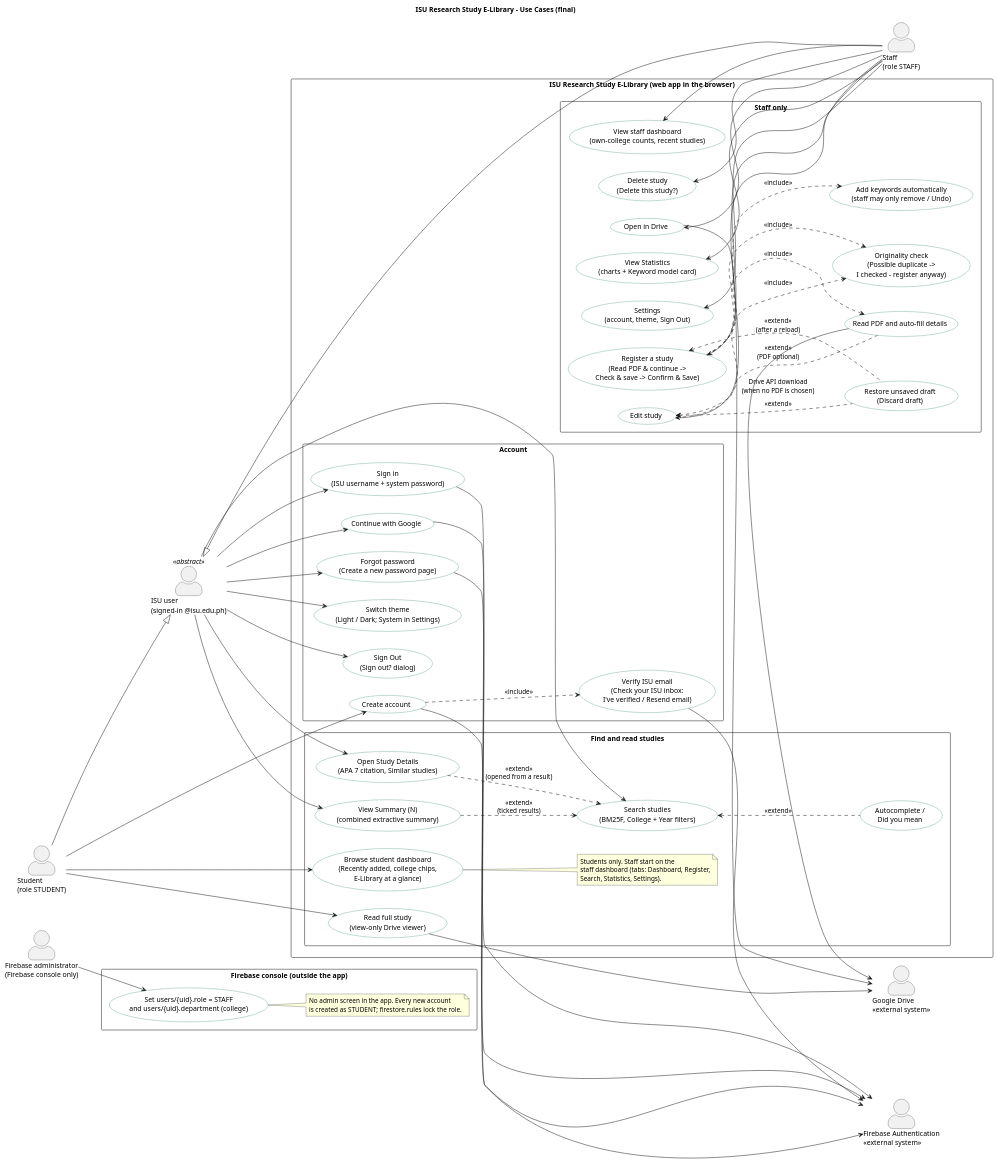
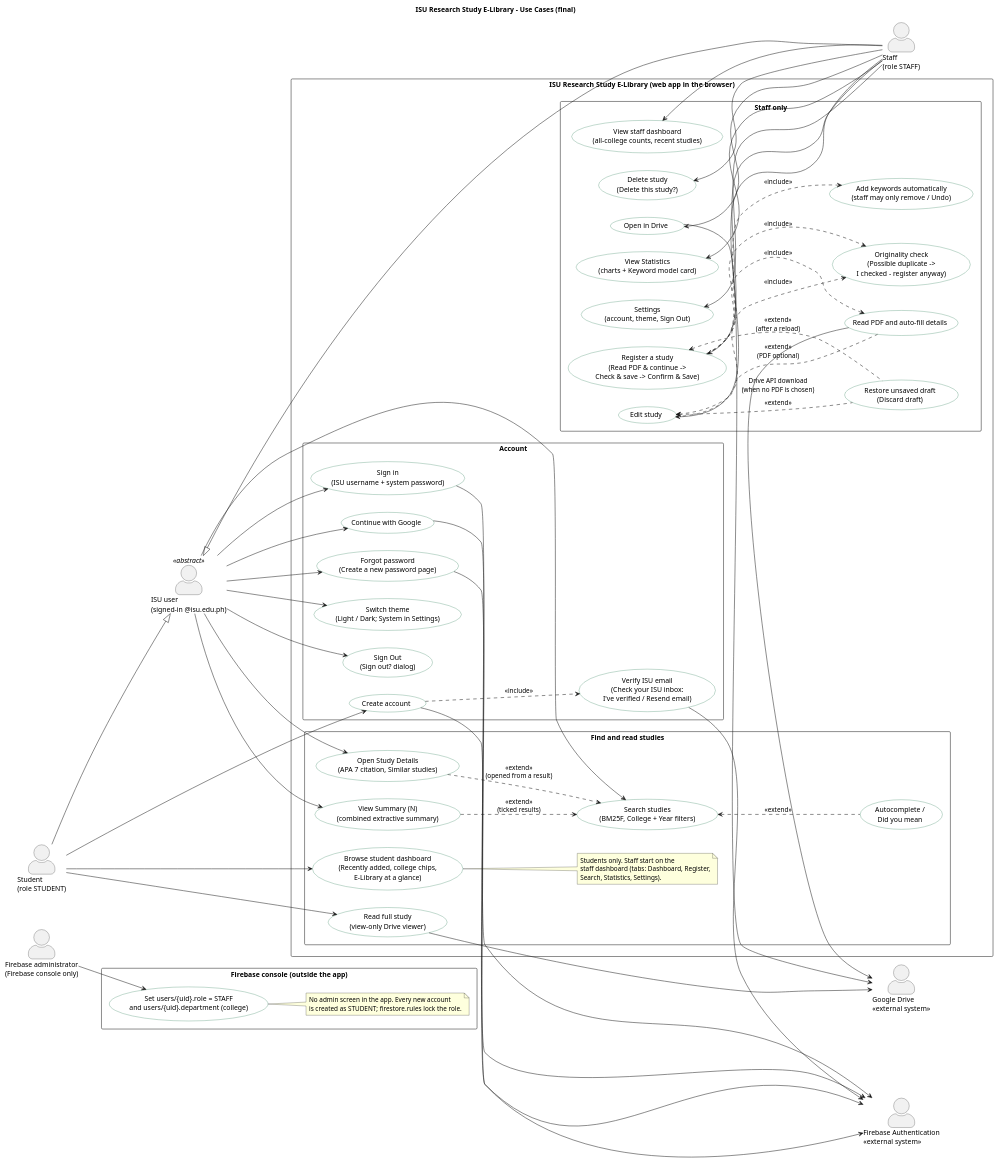
The diagram in docs/uml/01-use-case.puml (Teyqtzxz/isu-archive-app), drawn with PlantUML before and after one commit. The commit also changed 16 other files, not shown here.

Commit message:
Errata #91: staff see every college - dashboard counts, recent studies and Search start on all colleges; own-college filter removed

```diff
--- a/docs/uml/01-use-case.puml
+++ b/docs/uml/01-use-case.puml
@@ -1,128 +1,128 @@
 @startuml 01-use-case
 ' ISU Research Study E-Library - Use case diagram (final, main a7d5ed9)
 ' Checked against: src/components/*.tsx, src/data.ts, src/App.tsx, firestore.rules
 title ISU Research Study E-Library - Use Cases (final)
 left to right direction
 skinparam shadowing false
 skinparam packageStyle rectangle
 skinparam usecase {
   BackgroundColor #FFFFFF
   BorderColor #006439
 }
 skinparam actorStyle awesome
 
 actor "ISU user\n(signed-in @isu.edu.ph)" as ISUUser <<abstract>>
 actor "Student\n(role STUDENT)" as Student
 
 rectangle "ISU Research Study E-Library (web app in the browser)" {
   package "Staff only" {
-    usecase "View staff dashboard\n(own-college counts, recent studies)" as UC_StaffDash
+    usecase "View staff dashboard\n(all-college counts, recent studies)" as UC_StaffDash
     usecase "Register a study\n(Read PDF & continue ->\nCheck & save -> Confirm & Save)" as UC_Register
     usecase "Read PDF and auto-fill details" as UC_ReadPdf
     usecase "Add keywords automatically\n(staff may only remove / Undo)" as UC_Keywords
     usecase "Originality check\n(Possible duplicate ->\nI checked - register anyway)" as UC_Orig
     usecase "Restore unsaved draft\n(Discard draft)" as UC_Draft
     usecase "Edit study" as UC_Edit
     usecase "Delete study\n(Delete this study?)" as UC_Delete
     usecase "Open in Drive" as UC_OpenDrive
     usecase "View Statistics\n(charts + Keyword model card)" as UC_Stats
     usecase "Settings\n(account, theme, Sign Out)" as UC_Settings
   }
   package "Account" {
     usecase "Sign in\n(ISU username + system password)" as UC_SignIn
     usecase "Continue with Google" as UC_Google
     usecase "Create account" as UC_Create
     usecase "Verify ISU email\n(Check your ISU inbox:\nI've verified / Resend email)" as UC_Verify
     usecase "Forgot password\n(Create a new password page)" as UC_Forgot
     usecase "Sign Out\n(Sign out? dialog)" as UC_SignOut
     usecase "Switch theme\n(Light / Dark; System in Settings)" as UC_Theme
   }
   package "Find and read studies" {
     usecase "Browse student dashboard\n(Recently added, college chips,\nE-Library at a glance)" as UC_StuDash
     usecase "Search studies\n(BM25F, College + Year filters)" as UC_Search
     usecase "Autocomplete /\nDid you mean" as UC_Smart
     usecase "Open Study Details\n(APA 7 citation, Similar studies)" as UC_Details
     usecase "Read full study\n(view-only Drive viewer)" as UC_Read
     usecase "View Summary (N)\n(combined extractive summary)" as UC_Summary
   }
 }
 
 actor "Staff\n(role STAFF)" as Staff
 actor "Firebase Authentication\n<<external system>>" as FAuth
 actor "Google Drive\n<<external system>>" as Drive
 
 actor "Firebase administrator\n(Firebase console only)" as Admin
 rectangle "Firebase console (outside the app)" {
   usecase "Set users/{uid}.role = STAFF\nand users/{uid}.department (college)" as UC_Role
 }
 
 ' Actor generalization: Student and Staff are both ISU users (Staff does NOT inherit from Student)
 Student --|> ISUUser
 ISUUser <|-- Staff
 
 ' Shared use cases: linked once, through the parent actor
 ISUUser --> UC_SignIn
 ISUUser --> UC_Google
 ISUUser --> UC_Forgot
 ISUUser --> UC_SignOut
 ISUUser --> UC_Theme
 ISUUser --> UC_Search
 ISUUser --> UC_Details
 ISUUser --> UC_Summary
 
 ' Student only
 Student --> UC_Create
 Student --> UC_StuDash
 Student --> UC_Read
 
 ' Staff only (Staff on the right)
 UC_StaffDash <-- Staff
 UC_Register <-- Staff
 UC_Edit <-- Staff
 UC_Delete <-- Staff
 UC_OpenDrive <-- Staff
 UC_Stats <-- Staff
 UC_Settings <-- Staff
 
 Admin --> UC_Role
 
 ' include / extend
 UC_Create ..> UC_Verify : <<include>>
 UC_Search <.. UC_Smart : <<extend>>
 UC_Details ..> UC_Search : <<extend>>\n(opened from a result)
 UC_Summary ..> UC_Search : <<extend>>\n(ticked results)
 UC_Register ..> UC_ReadPdf : <<include>>
 UC_Register ..> UC_Keywords : <<include>>
 UC_Register ..> UC_Orig : <<include>>
 UC_Register <.. UC_Draft : <<extend>>\n(after a reload)
 UC_Edit ..> UC_Orig : <<include>>
 UC_Edit <.. UC_Draft : <<extend>>
 UC_Edit <.. UC_ReadPdf : <<extend>>\n(PDF optional)
 
 ' outside systems; norank = the link does not move them sideways
 UC_SignIn -[norank]-> FAuth
 UC_Google -[norank]-> FAuth
 UC_Create -[norank]-> FAuth
 UC_Verify -[norank]-> FAuth
 UC_Forgot -[norank]-> FAuth
 UC_ReadPdf -[norank]-> Drive : Drive API download\n(when no PDF is chosen)
 UC_Read -[norank]-> Drive
 UC_OpenDrive -[norank]-> Drive
 
 ' layout only (invisible)
 UC_Forgot -[hidden]-> UC_StaffDash
 UC_SignOut -[hidden]-> UC_Register
 UC_Theme -[hidden]-> UC_Settings
 UC_Search -[hidden]-> FAuth
 UC_Search -[hidden]-> Drive
 Student -[hidden]right- Admin
 
 rectangle "Firebase console (outside the app)" {
   note "No admin screen in the app. Every new account\nis created as STUDENT; firestore.rules lock the role." as NoteRole
 }
 UC_Role .. NoteRole
 package "Find and read studies" {
   note "Students only. Staff start on the\nstaff dashboard (tabs: Dashboard, Register,\nSearch, Statistics, Settings)." as NoteStu
 }
 UC_StuDash .. NoteStu
 @enduml
```
